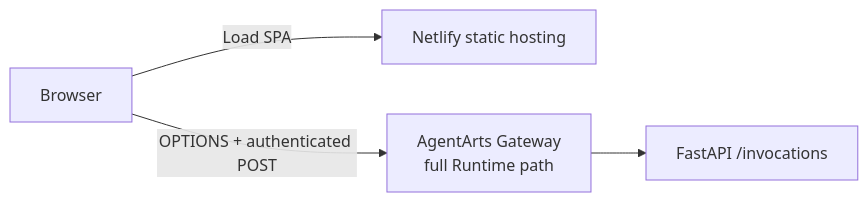
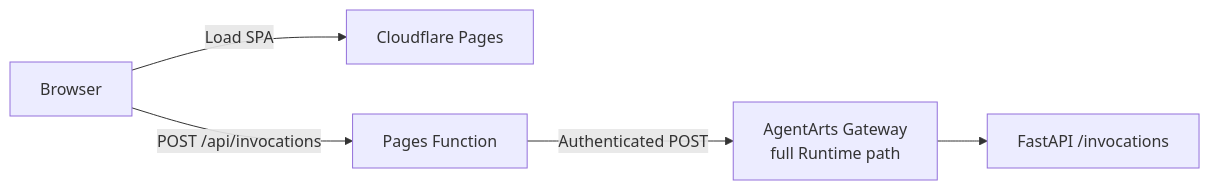
Before and after one commit to T-1009/personal-assistant: the tenth of 12 diagrams in personal-assistant-meta/architecture/frontend_architecture.md, drawn with Mermaid. The commit also changed other lines of this file and 16 other files, not shown here.

First line of the commit message:
feat: migrate production deployment to Cloudflare Pages with same-origin API proxy

````diff
--- a/personal-assistant-meta/architecture/frontend_architecture.md
+++ b/personal-assistant-meta/architecture/frontend_architecture.md
@@ -391,6 +394,7 @@
 ```mermaid
 flowchart LR
-    Browser["Browser"] -->|"Load SPA"| Netlify["Netlify static hosting"]
-    Browser -->|"OPTIONS + authenticated POST"| Gateway["AgentArts Gateway<br/>full Runtime path"]
+    Browser["Browser"] -->|"Load SPA"| Pages["Cloudflare Pages"]
+    Browser -->|"POST /api/invocations"| Function["Pages Function"]
+    Function -->|"Authenticated POST"| Gateway["AgentArts Gateway<br/>full Runtime path"]
     Gateway --> FastAPI["FastAPI /invocations"]
 ```
````
